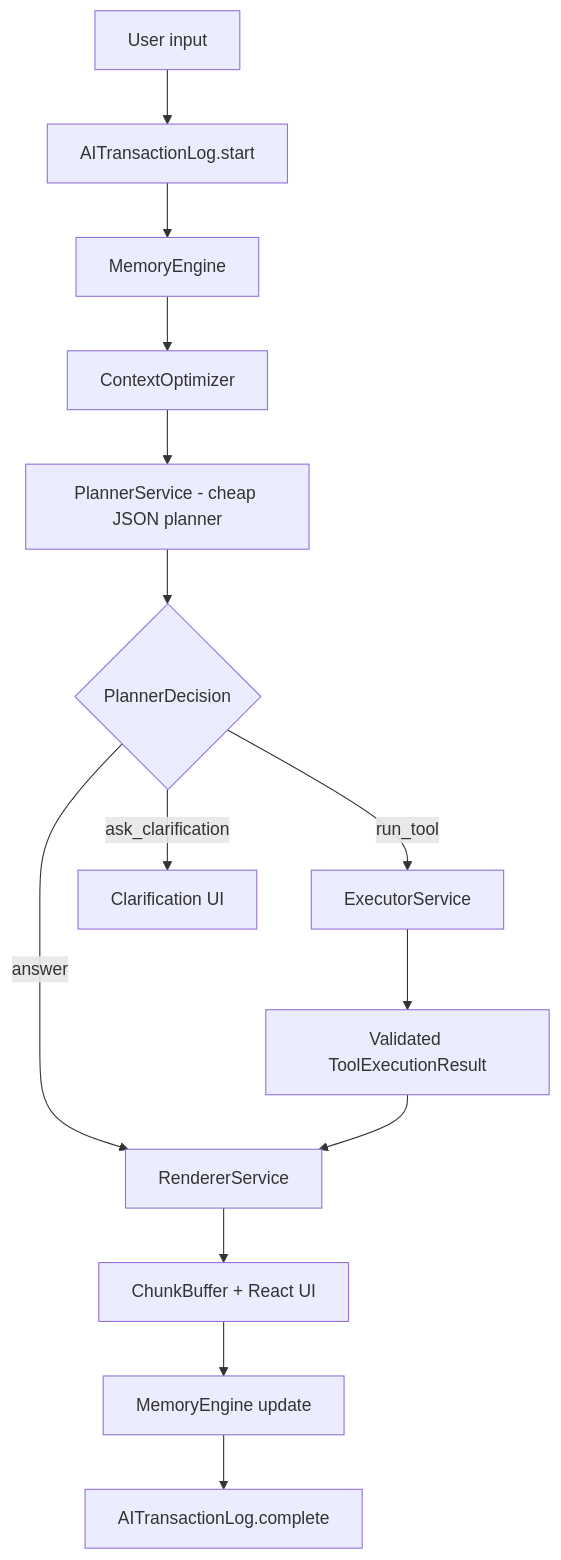
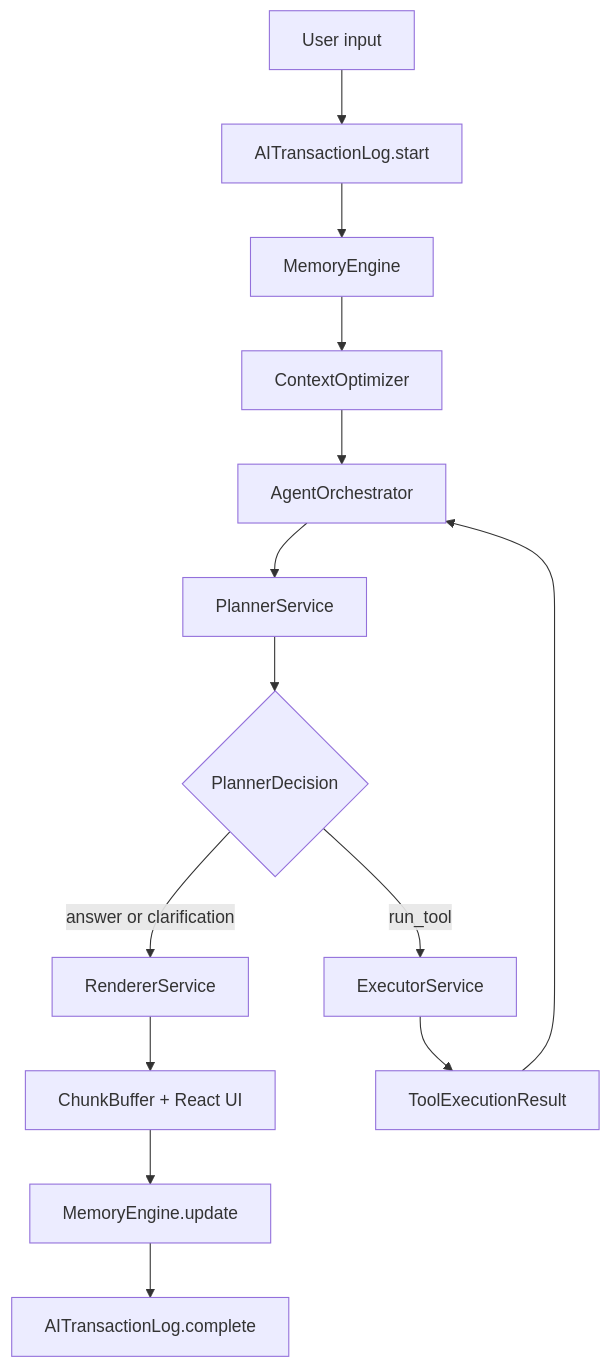
Before and after one commit to yongxinL/nowpilot: the diagram in .planning/PRODUCT_SPEC_v0_1.md, drawn with Mermaid. The commit also changed other lines of this file, not shown here.

````diff
--- a/.planning/PRODUCT_SPEC_v0_1.md
+++ b/.planning/PRODUCT_SPEC_v0_1.md
@@ -136,16 +158,16 @@
 ```mermaid
 flowchart TD
-  User[User input] --> TxStart[AITransactionLog.start]
-  TxStart --> Memory[MemoryEngine]
-  Memory --> Context[ContextOptimizer]
-  Context --> Planner[PlannerService - cheap JSON planner]
-  Planner --> Decision{PlannerDecision}
-  Decision -->|answer| Renderer[RendererService]
-  Decision -->|run_tool| Executor[ExecutorService]
-  Decision -->|ask_clarification| Clarify[Clarification UI]
-  Executor --> ToolResult[Validated ToolExecutionResult]
-  ToolResult --> Renderer
-  Renderer --> Stream[ChunkBuffer + React UI]
-  Stream --> MemoryUpdate[MemoryEngine update]
-  MemoryUpdate --> TxDone[AITransactionLog.complete]
+    User[User input] --> TxStart[AITransactionLog.start]
+    TxStart --> Memory[MemoryEngine]
+    Memory --> Context[ContextOptimizer]
+    Context --> Orchestrator[AgentOrchestrator]
+    Orchestrator --> Planner[PlannerService]
+    Planner --> Decision{PlannerDecision}
+    Decision -->|answer or clarification| Renderer[RendererService]
+    Decision -->|run_tool| Executor[ExecutorService]
+    Executor --> ToolResult[ToolExecutionResult]
+    ToolResult --> Orchestrator
+    Renderer --> Stream[ChunkBuffer + React UI]
+    Stream --> MemoryUpdate[MemoryEngine.update]
+    MemoryUpdate --> TxDone[AITransactionLog.complete]
 ```
````
